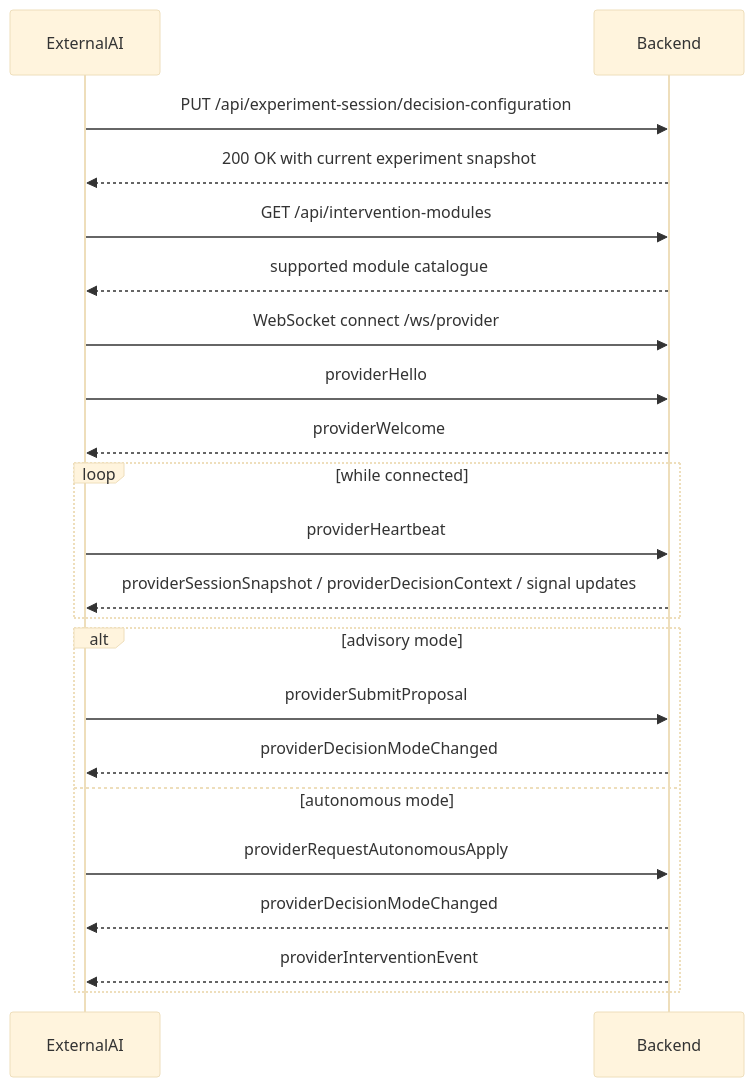
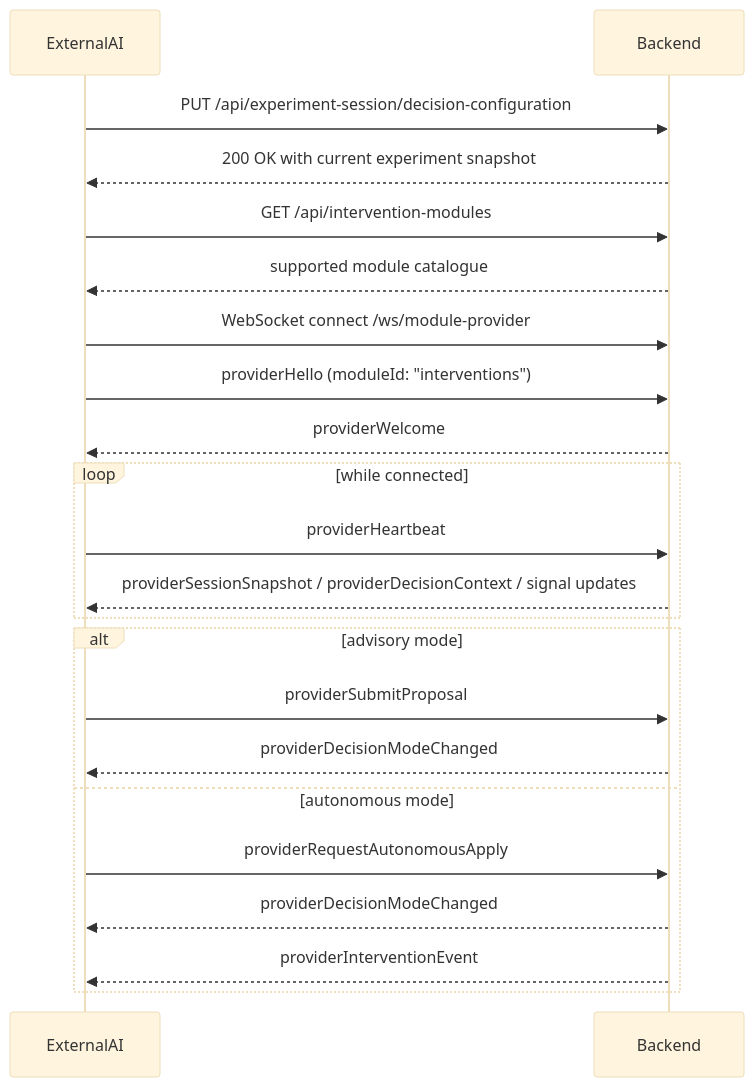
Before and after one commit to MrSachin7/reading-the-reader-monorepo: the diagram in DocsSite/app/integration/black-box-contract/page.mdx, drawn with Mermaid (base theme). The commit also changed other lines of this file and 72 other files, not shown here.

First line of the commit message:
feat: Implement Module Provider Framework

````diff
--- a/DocsSite/app/integration/black-box-contract/page.mdx
+++ b/DocsSite/app/integration/black-box-contract/page.mdx
@@ -1464,29 +1466,29 @@
 ```mermaid
 sequenceDiagram
     participant ExternalAI
     participant Backend
 
     ExternalAI->>Backend: PUT /api/experiment-session/decision-configuration
     Backend-->>ExternalAI: 200 OK with current experiment snapshot
 
     ExternalAI->>Backend: GET /api/intervention-modules
     Backend-->>ExternalAI: supported module catalogue
 
-    ExternalAI->>Backend: WebSocket connect /ws/provider
-    ExternalAI->>Backend: providerHello
+    ExternalAI->>Backend: WebSocket connect /ws/module-provider
+    ExternalAI->>Backend: providerHello (moduleId: "interventions")
     Backend-->>ExternalAI: providerWelcome
 
     loop while connected
         ExternalAI->>Backend: providerHeartbeat
         Backend-->>ExternalAI: providerSessionSnapshot / providerDecisionContext / signal updates
     end
 
     alt advisory mode
         ExternalAI->>Backend: providerSubmitProposal
         Backend-->>ExternalAI: providerDecisionModeChanged
     else autonomous mode
         ExternalAI->>Backend: providerRequestAutonomousApply
         Backend-->>ExternalAI: providerDecisionModeChanged
         Backend-->>ExternalAI: providerInterventionEvent
     end
 ```
````
